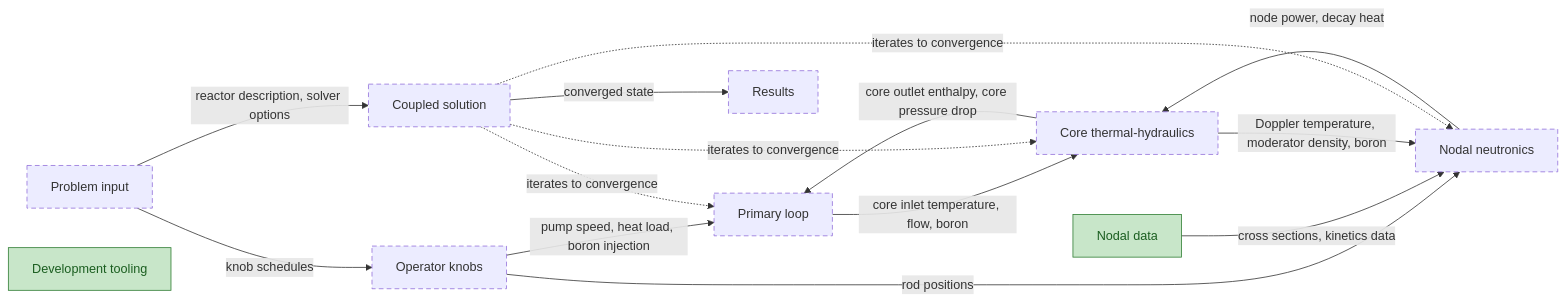
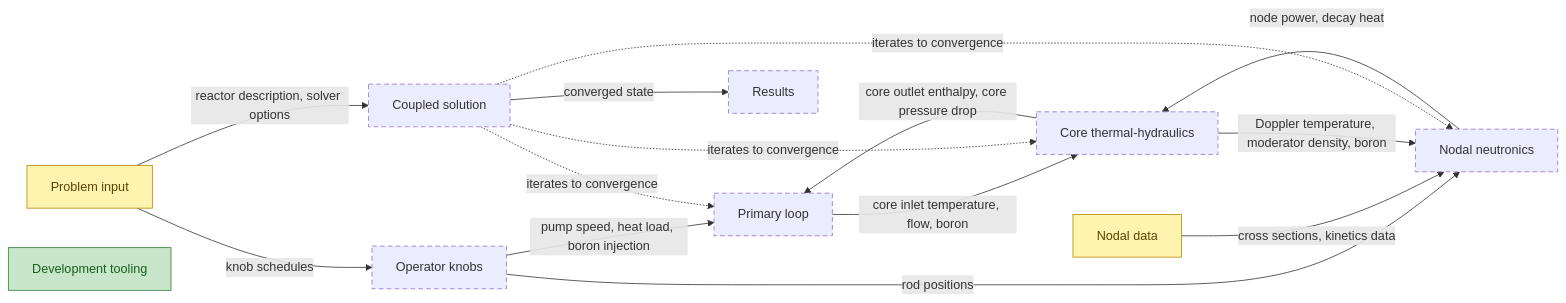
The first of 15 diagrams in Planning/DBC/CONCEPTS.md (aurja130/URUS), drawn with Mermaid before and after one commit. The commit also changed other lines of this file and 4 other files, not shown here.

First line of the commit message:
Start 1.2: freeze the nodal library contract

````diff
--- a/Planning/DBC/CONCEPTS.md
+++ b/Planning/DBC/CONCEPTS.md
@@ -20,23 +20,24 @@
 ```mermaid
 flowchart LR
 classDef implemented fill:#c8e6c9,stroke:#2e7d32,color:#1b5e20
 classDef partial fill:#fff3b0,stroke:#b58900,color:#5c4400
 classDef planned stroke-dasharray:6 4
 classDef external fill:#eeeeee,stroke:#9e9e9e,stroke-dasharray:1 3,color:#616161
 ProblemInput["Problem input"] -->|knob schedules| Knobs["Operator knobs"]
 ProblemInput -->|reactor description, solver options| Coupling["Coupled solution"]
 Knobs -->|pump speed, heat load, boron injection| PrimaryLoop["Primary loop"]
 Knobs -->|rod positions| Neutronics["Nodal neutronics"]
 NodalLibrary["Nodal data"] -->|cross sections, kinetics data| Neutronics
 PrimaryLoop -->|core inlet temperature, flow, boron| CoreThermalHydraulics["Core thermal-hydraulics"]
 CoreThermalHydraulics -->|core outlet enthalpy, core pressure drop| PrimaryLoop
 Neutronics -->|node power, decay heat| CoreThermalHydraulics
 CoreThermalHydraulics -->|Doppler temperature, moderator density, boron| Neutronics
 Coupling -.->|iterates to convergence| Neutronics
 Coupling -.->|iterates to convergence| CoreThermalHydraulics
 Coupling -.->|iterates to convergence| PrimaryLoop
 Coupling -->|converged state| Results["Results"]
 Tooling["Development tooling"]
-class ProblemInput,Knobs,Neutronics,CoreThermalHydraulics,PrimaryLoop,Coupling,Results planned
-class NodalLibrary,Tooling implemented
+class Knobs,Neutronics,CoreThermalHydraulics,PrimaryLoop,Coupling,Results planned
+class ProblemInput,NodalLibrary partial
+class Tooling implemented
 ```
````
